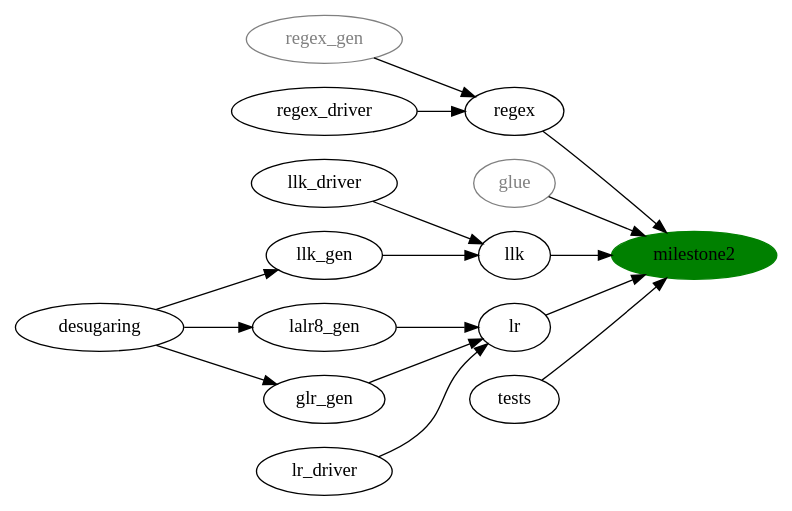
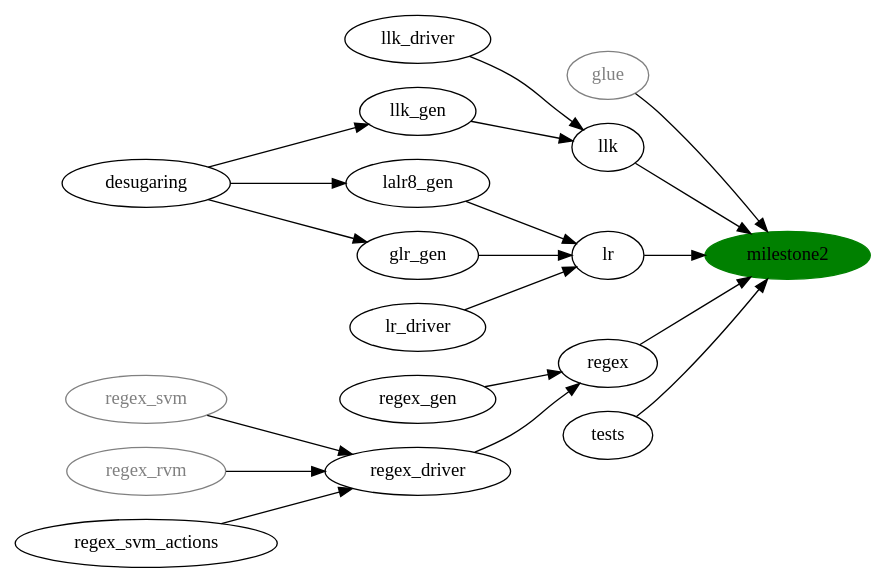
The diagram in docs/milestone2.dot (abiggerhammer/hammer), drawn with Graphviz before and after one commit. The commit also changed 1 other file, not shown here.

Commit message:
Updated roadmap, added sample input to RVM testcase assembler.

```diff
--- a/docs/milestone2.dot
+++ b/docs/milestone2.dot
@@ -1,32 +1,36 @@
 digraph {
 	graph [rankdir=LR];
 subgraph complete {
 	 node [color="gray",fontcolor="gray"];
-	 regex_gen;
 	 glue;
+	 regex_svm;
+	 regex_rvm;
 }
 /* The end result of the milestone, along with the subtasks listed */
 milestone2 [color="green",style="filled"];
 llk -> milestone2;
 lr -> milestone2;
 lalr8_gen -> lr;
 glr_gen -> lr;
 lr_driver -> lr;
 regex -> milestone2;
 glue -> milestone2; // Meredith knows what glue referred to here.
 tests -> milestone2;
 
 regex_gen -> regex;
 regex_driver -> regex;
+regex_svm -> regex_driver;
+regex_rvm -> regex_driver;
+regex_svm_actions -> regex_driver;
 llk_driver -> llk;
 llk_gen -> llk;
 
 
 /*
  * 
  */
  desugaring -> llk_gen;
  desugaring -> lalr8_gen;
  desugaring -> glr_gen;
  
 }
```
